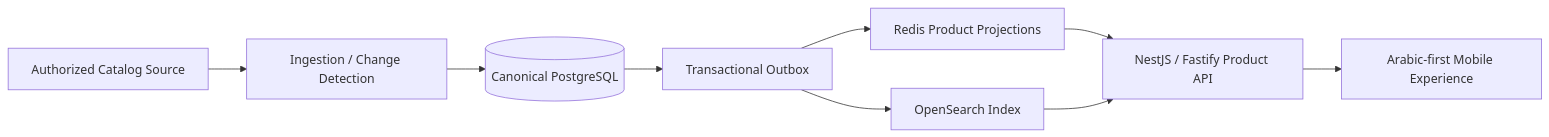
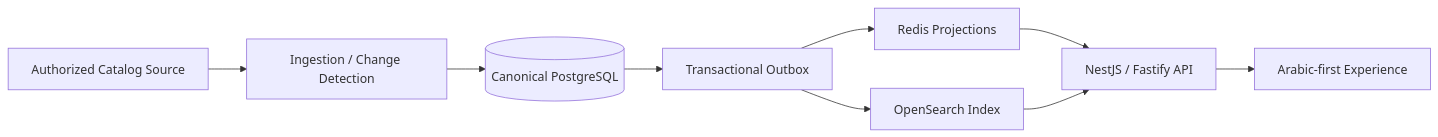
Before and after one commit to LEVENT-AY/trendyol-syria-case-study: the diagram in README.md, drawn with Mermaid. The commit also changed other lines of this file, not shown here.

Commit message:
docs: add recruiter-first case study scan

````diff
--- a/README.md
+++ b/README.md
@@ -32,11 +36,11 @@
 ```mermaid
 flowchart LR
     SRC[Authorized Catalog Source] --> INGEST[Ingestion / Change Detection]
     INGEST --> PG[(Canonical PostgreSQL)]
     PG --> OUTBOX[Transactional Outbox]
-    OUTBOX --> CACHE[Redis Product Projections]
+    OUTBOX --> CACHE[Redis Projections]
     OUTBOX --> SEARCH[OpenSearch Index]
-    CACHE --> API[NestJS / Fastify Product API]
+    CACHE --> API[NestJS / Fastify API]
     SEARCH --> API
-    API --> MOBILE[Arabic-first Mobile Experience]
+    API --> APP[Arabic-first Experience]
 ```
````
